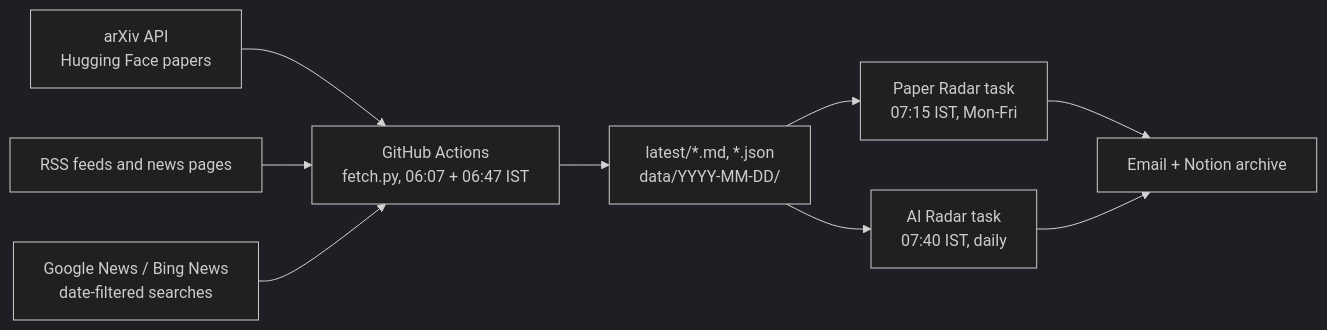
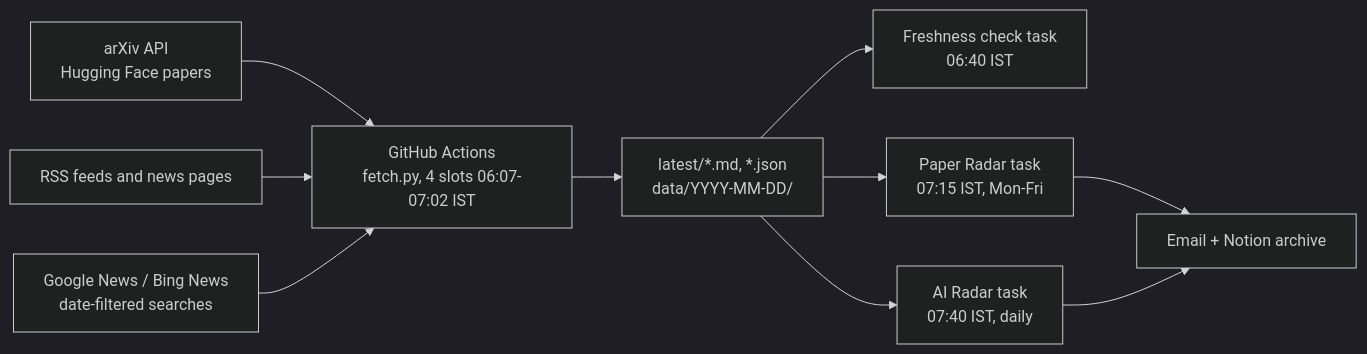
One commit to RKarthik-AI-Labs/radar-feeds changed the diagram in README.md. Above: the diagram before and after it, drawn with Mermaid (dark theme). The commit also changed other lines of this file and 1 other file, not shown here.

````diff
--- a/README.md
+++ b/README.md
@@ -16,11 +21,12 @@
 ```mermaid
 flowchart LR
     A[arXiv API<br/>Hugging Face papers] --> G
     B[RSS feeds and news pages] --> G
     C[Google News / Bing News<br/>date-filtered searches] --> G
-    G[GitHub Actions<br/>fetch.py, 06:07 + 06:47 IST] --> L[latest/*.md, *.json<br/>data/YYYY-MM-DD/]
+    G[GitHub Actions<br/>fetch.py, 4 slots 06:07-07:02 IST] --> L[latest/*.md, *.json<br/>data/YYYY-MM-DD/]
+    L --> F[Freshness check task<br/>06:40 IST]
     L --> P[Paper Radar task<br/>07:15 IST, Mon-Fri]
     L --> R[AI Radar task<br/>07:40 IST, daily]
     P --> E[Email + Notion archive]
     R --> E
 ```
````
